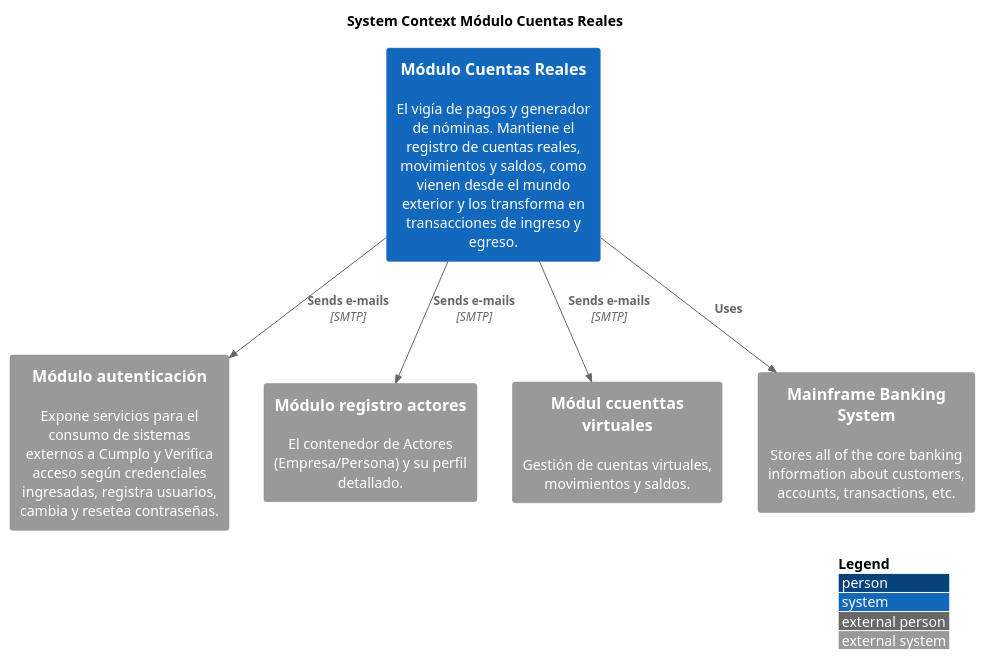
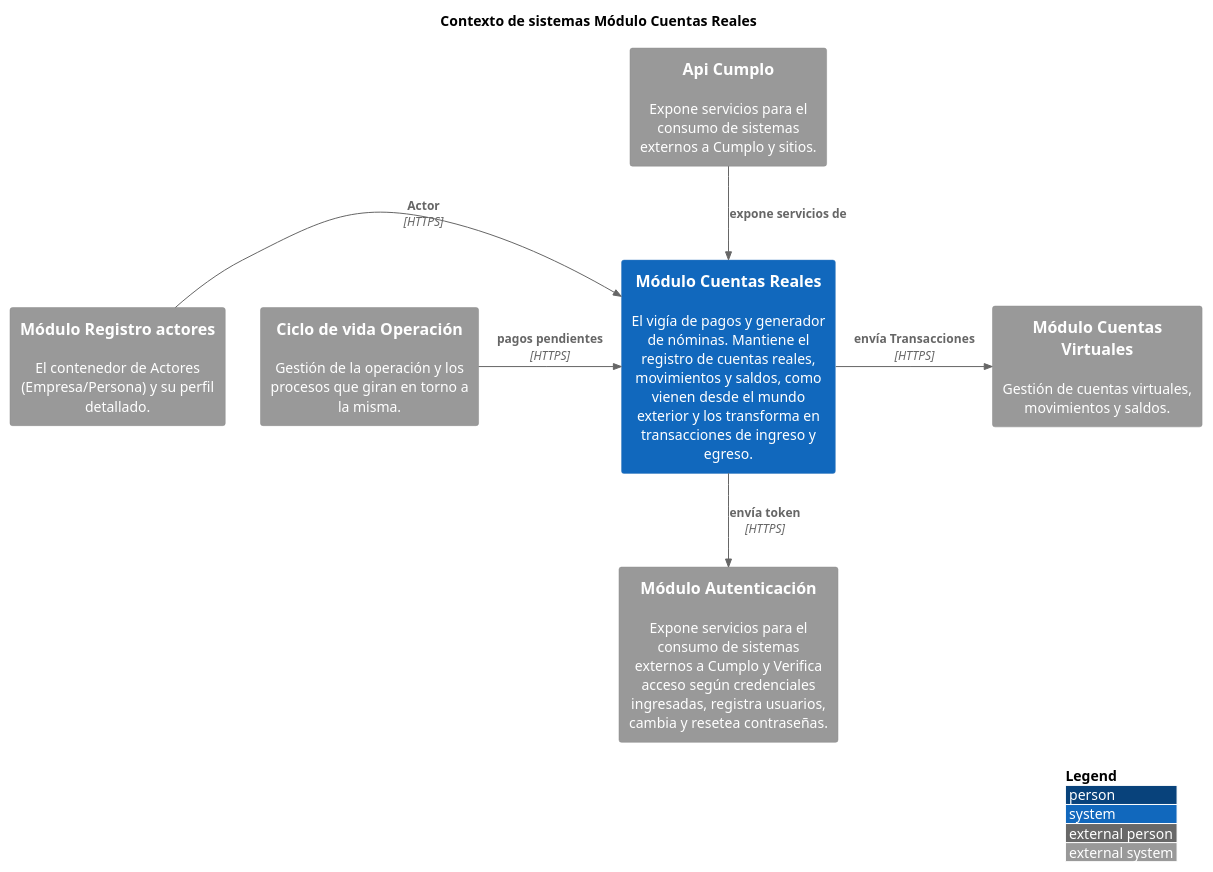
The diagram in CuentasReales/ContextoCuentasReales.puml (kpeet/koyweC4), drawn with PlantUML before and after one commit.

Commit message:
Âsistemas de contexto CReales

```diff
--- a/CuentasReales/ContextoCuentasReales.puml
+++ b/CuentasReales/ContextoCuentasReales.puml
@@ -1,23 +1,28 @@
 @startuml
 !include https://raw.githubusercontent.com/plantuml-stdlib/C4-PlantUML/master/C4_Context.puml
 ' uncomment the following line and comment the first to use locally
 ' !include C4_Context.puml
 
 LAYOUT_WITH_LEGEND()
 
-title System Context Módulo Cuentas Reales
-
+title Contexto de sistemas Módulo Cuentas Reales
 
 System( modulo_cuentas_reales, "Módulo Cuentas Reales", "El vigía de pagos y generador de nóminas. Mantiene el registro de cuentas reales, movimientos y saldos, como vienen desde el mundo exterior y los transforma en transacciones de ingreso y egreso.")
 
-System_Ext(modulo_autenticacion, "Módulo autenticación", "Expone servicios para el consumo de sistemas externos a Cumplo y Verifica acceso según credenciales ingresadas, registra usuarios, cambia y resetea contraseñas.")
-System_Ext(modulo_registro_actores, "Módulo registro actores", "El contenedor de Actores (Empresa/Persona) y su perfil detallado.")
-System_Ext(modulo_cuentas_virtuales, "Módul ccuenttas virtuales", "Gestión de cuentas virtuales, movimientos y saldos.")
-System_Ext(mainframe, "Mainframe Banking System", "Stores all of the core banking information about customers, accounts, transactions, etc.")
 
-Rel(modulo_cuentas_reales, modulo_autenticacion, "Sends e-mails", "SMTP")
-Rel(modulo_cuentas_reales, modulo_registro_actores, "Sends e-mails", "SMTP")
-Rel(modulo_cuentas_reales, modulo_cuentas_virtuales, "Sends e-mails", "SMTP")
+System_Ext(modulo_autenticacion, "Módulo Autenticación", "Expone servicios para el consumo de sistemas externos a Cumplo y Verifica acceso según credenciales ingresadas, registra usuarios, cambia y resetea contraseñas.")
+System_Ext(modulo_registro_actores, "Módulo Registro actores", "El contenedor de Actores (Empresa/Persona) y su perfil detallado.")
+System_Ext(modulo_cuentas_virtuales, "Módulo Cuentas Virtuales", "Gestión de cuentas virtuales, movimientos y saldos.")
+System_Ext(modulo_operaciones, "Ciclo de vida Operación", "Gestión de la operación y los procesos que giran en torno a la misma.")
+System_Ext(modulo_api_cumplo, "Api Cumplo", "Expone servicios para el consumo de sistemas externos a Cumplo y sitios.")
 
-Rel(modulo_cuentas_reales, mainframe, "Uses")
+
+
+
+Rel_Neighbor(modulo_registro_actores, modulo_cuentas_reales, "Actor", "HTTPS")
+Rel_Neighbor(modulo_cuentas_reales, modulo_cuentas_virtuales, "envía Transacciones", "HTTPS")
+Rel_Neighbor(modulo_operaciones, modulo_cuentas_reales, "pagos pendientes", "HTTPS")
+Rel(modulo_cuentas_reales, modulo_autenticacion, "envía token", "HTTPS")
+Rel(modulo_api_cumplo, modulo_cuentas_reales, "expone servicios de")
+
 @enduml
```
